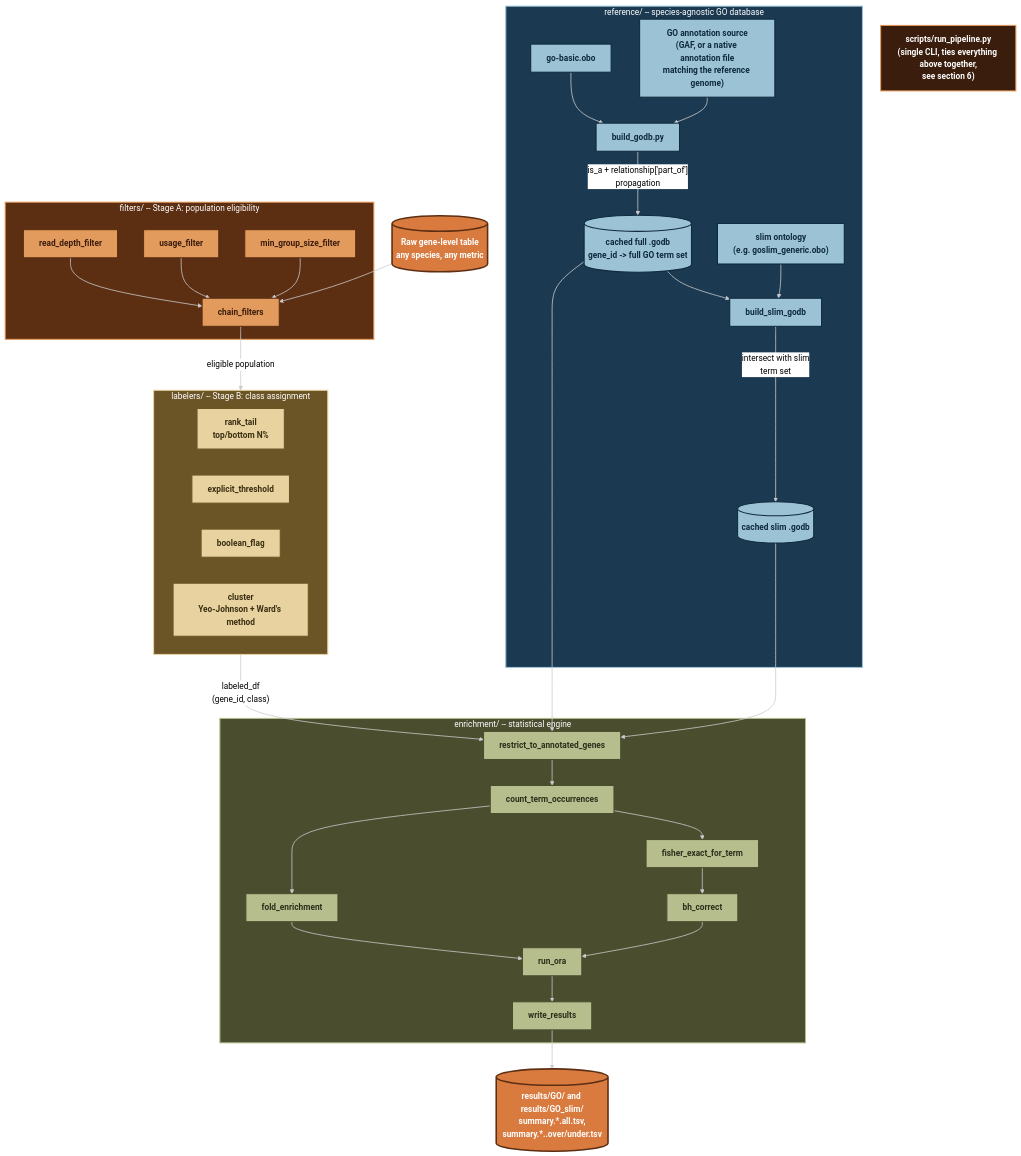
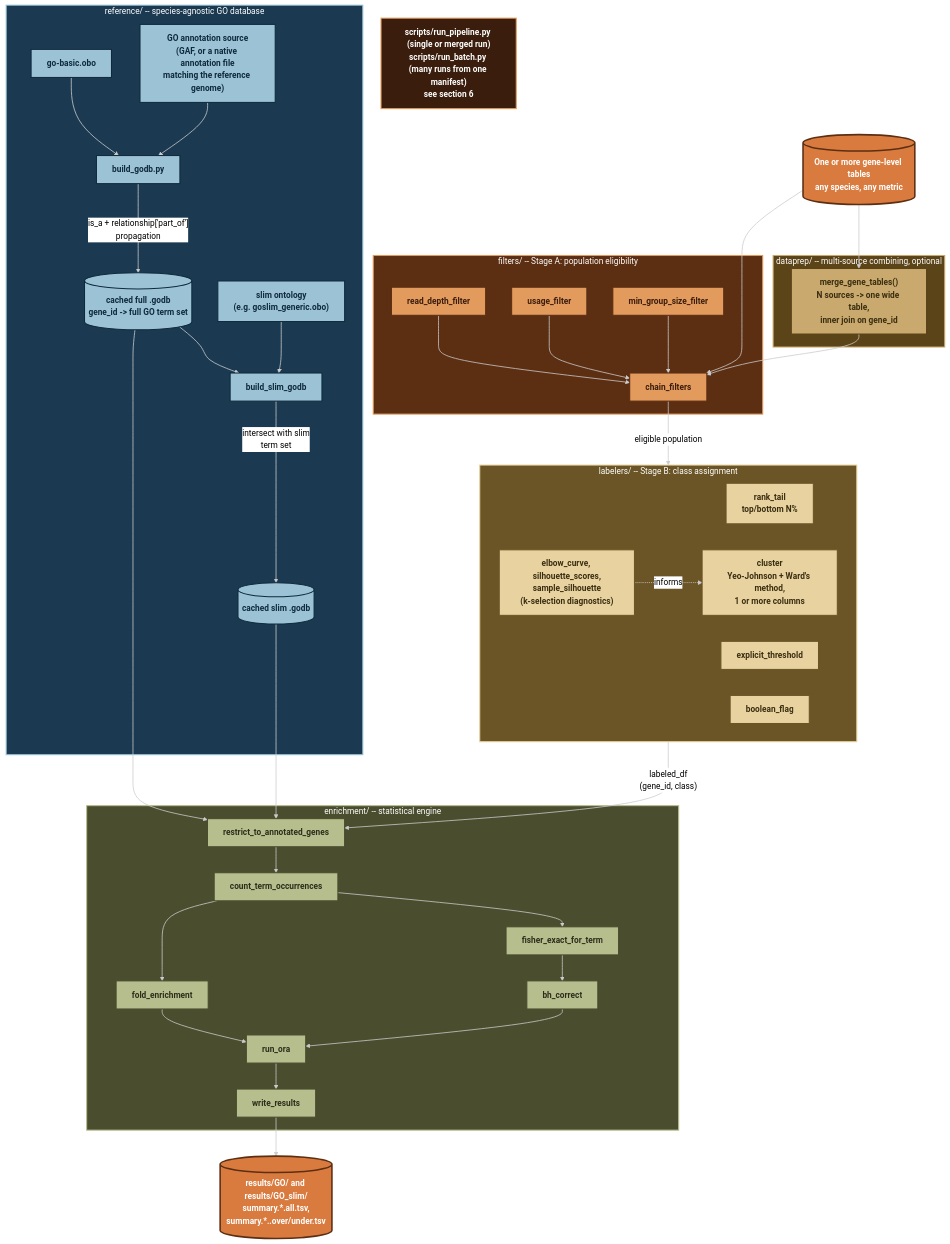
The diagram in README.md (ih-11/go-gsea), drawn with Mermaid (neutral theme) before and after one commit. The commit also changed other lines of this file and 1 other file, not shown here.

````diff
--- a/README.md
+++ b/README.md
@@ -310,70 +343,81 @@
 ```mermaid
 flowchart TD
     subgraph REF["reference/ -- species-agnostic GO database"]
         A1[go-basic.obo] --> B1[build_godb.py]
         A2["GO annotation source<br/>(GAF, or a native annotation file<br/>matching the reference genome)"] --> B1
         B1 -->|"is_a + relationship['part_of']<br/>propagation"| C1[("cached full .godb<br/>gene_id -> full GO term set")]
         A3["slim ontology<br/>(e.g. goslim_generic.obo)"] --> B2[build_slim_godb]
         C1 --> B2
         B2 -->|"intersect with slim<br/>term set"| C2[("cached slim .godb")]
+    end
+
+    subgraph MERGE["dataprep/ -- multi-source combining, optional"]
+        M1["merge_gene_tables()<br/>N sources -> one wide table,<br/>inner join on gene_id"]
     end
 
     subgraph FILT["filters/ -- Stage A: population eligibility"]
         D1[read_depth_filter]
         D2[usage_filter]
         D3[min_group_size_filter]
         D1 --> D4[chain_filters]
         D2 --> D4
         D3 --> D4
     end
 
     subgraph LAB["labelers/ -- Stage B: class assignment"]
         E1["rank_tail<br/>top/bottom N%"]
         E2[explicit_threshold]
         E3[boolean_flag]
-        E4["cluster<br/>Yeo-Johnson + Ward's method"]
+        E4["cluster<br/>Yeo-Johnson + Ward's method,<br/>1 or more columns"]
+        E5["elbow_curve, silhouette_scores,<br/>sample_silhouette<br/>(k-selection diagnostics)"]
+        E5 -.informs.-> E4
     end
 
     subgraph ORA["enrichment/ -- statistical engine"]
         F1[restrict_to_annotated_genes]
         F2[count_term_occurrences]
         F3[fisher_exact_for_term]
         F4[fold_enrichment]
         F5[bh_correct]
         F1 --> F2 --> F3
         F2 --> F4
         F3 --> F5
         F5 --> F6[run_ora]
         F4 --> F6
         F6 --> F7[write_results]
     end
 
-    G[("Raw gene-level table<br/>any species, any metric")] --> D4
+    G[("One or more gene-level tables<br/>any species, any metric")] --> M1
+    G --> D4
+    M1 --> D4
     D4 -->|eligible population| LAB
     LAB -->|"labeled_df<br/>(gene_id, class)"| F1
     C1 --> F1
     C2 --> F1
     F7 --> H[("results/GO/ and results/GO_slim/<br/>summary.*.all.tsv,<br/>summary.*.<class>.over/under.tsv")]
-    S["scripts/run_pipeline.py<br/>(single CLI, ties everything above together,<br/>see section 6)"]
+    S["scripts/run_pipeline.py (single or merged run)<br/>scripts/run_batch.py (many runs from one manifest)<br/>see section 6"]
 
     classDef refNode fill:#9CC3D5,stroke:#0F2A3D,stroke-width:2px,color:#0F2A3D,font-weight:bold;
+    classDef mergeNode fill:#C9A96E,stroke:#5C4419,stroke-width:2px,color:#3A2E10,font-weight:bold;
     classDef filtNode fill:#E39A5D,stroke:#5C2E12,stroke-width:2px,color:#3A1D0C,font-weight:bold;
     classDef labNode fill:#E8D3A0,stroke:#6B5527,stroke-width:2px,color:#3A2E12,font-weight:bold;
     classDef oraNode fill:#B7BE8D,stroke:#4A4D2E,stroke-width:2px,color:#2C2E1B,font-weight:bold;
     classDef dataNode fill:#D97B3F,stroke:#5C2E12,stroke-width:3px,color:#FFFFFF,font-weight:bold;
     classDef cliNode fill:#3A1D0C,stroke:#E39A5D,stroke-width:2px,color:#FFFFFF,font-weight:bold;
 
     class A1,A2,A3,B1,B2,C1,C2 refNode;
+    class M1 mergeNode;
     class D1,D2,D3,D4 filtNode;
-    class E1,E2,E3,E4 labNode;
+    class E1,E2,E3,E4,E5 labNode;
     class F1,F2,F3,F4,F5,F6,F7 oraNode;
     class G,H dataNode;
     class S cliNode;
 
     style REF fill:#1B3A52,stroke:#9CC3D5,stroke-width:2px,color:#FFFFFF;
+    style MERGE fill:#5C4419,stroke:#C9A96E,stroke-width:2px,color:#FFFFFF;
     style FILT fill:#5C2E12,stroke:#E39A5D,stroke-width:2px,color:#FFFFFF;
     style LAB fill:#6B5527,stroke:#E8D3A0,stroke-width:2px,color:#FFFFFF;
     style ORA fill:#4A4D2E,stroke:#B7BE8D,stroke-width:2px,color:#FFFFFF;
 
     linkStyle default stroke:#CCCCCC,stroke-width:1.5px;
 ```
````
